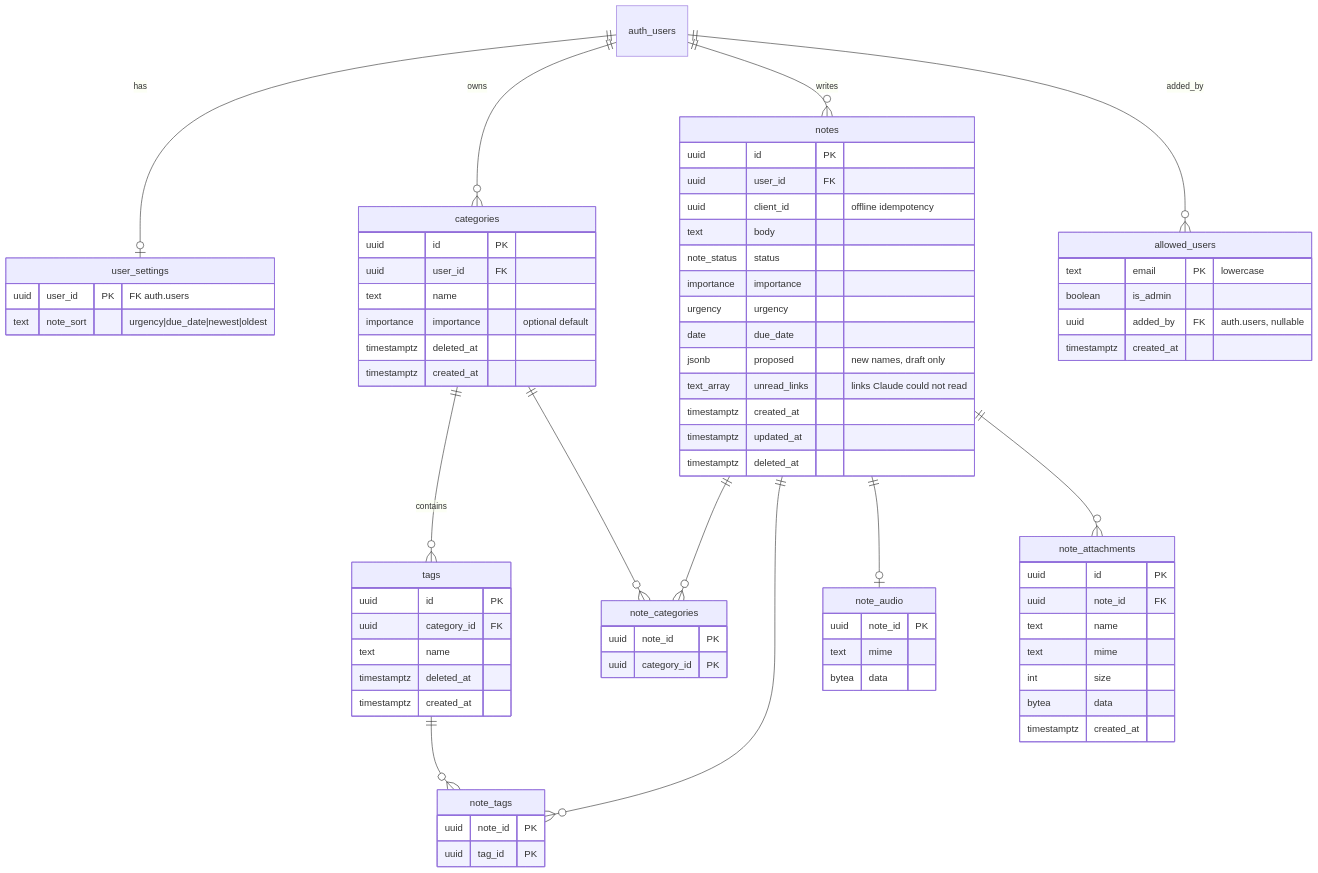
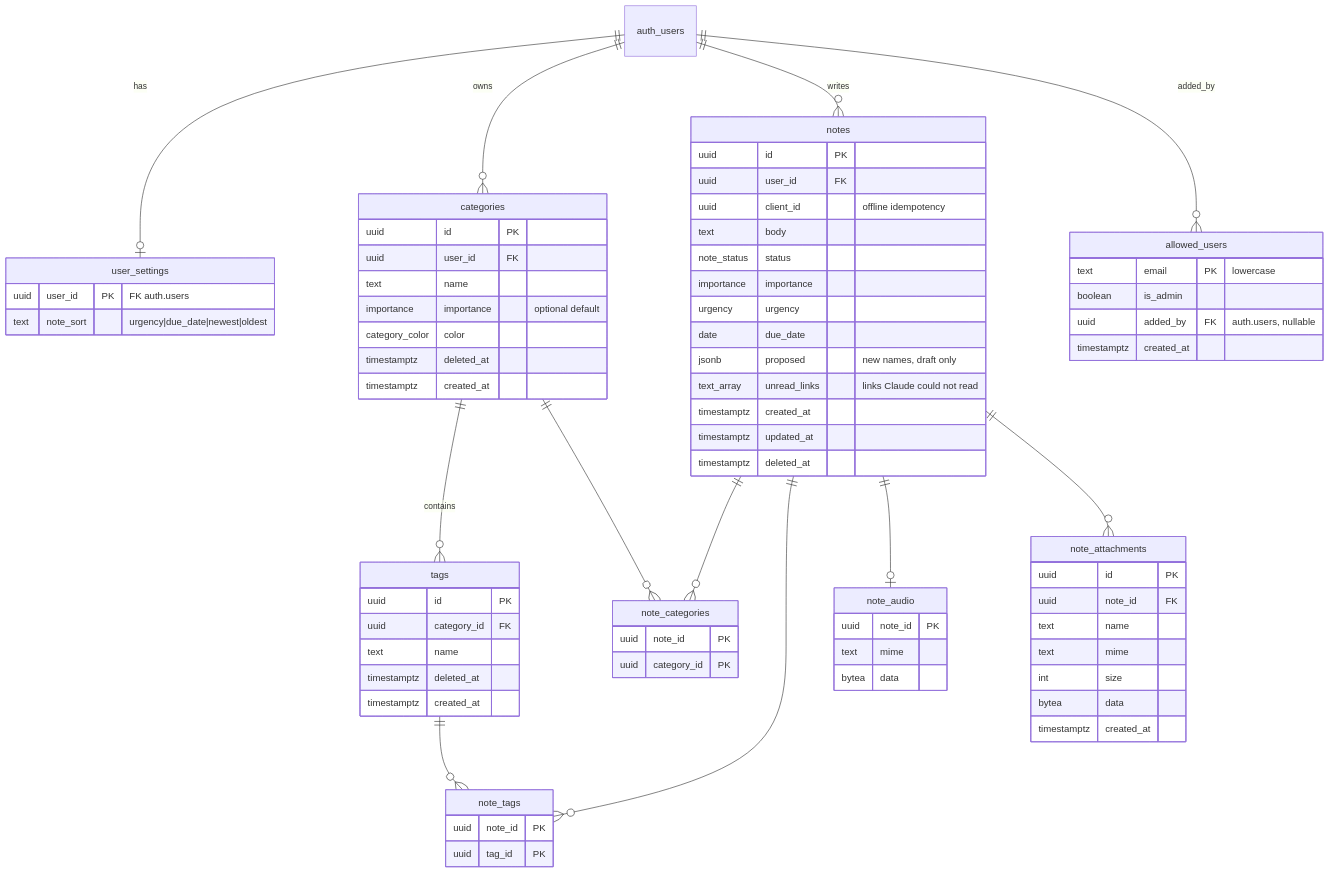
Before and after one commit to droruri/notes-organizer: the diagram in docs/plan.md, drawn with Mermaid. The commit also changed other lines of this file and 20 other files, not shown here.

````diff
--- a/docs/plan.md
+++ b/docs/plan.md
@@ -130,23 +131,23 @@
 ```mermaid
 erDiagram
   auth_users ||--o| user_settings : has
   auth_users ||--o{ categories : owns
   categories ||--o{ tags : contains
   auth_users ||--o{ notes : writes
   notes ||--o{ note_categories : ""
   categories ||--o{ note_categories : ""
   notes ||--o{ note_tags : ""
   tags ||--o{ note_tags : ""
   notes ||--o| note_audio : ""
   notes ||--o{ note_attachments : ""
   auth_users ||--o{ allowed_users : "added_by"
   user_settings { uuid user_id PK "FK auth.users" text note_sort "urgency|due_date|newest|oldest" }
-  categories { uuid id PK uuid user_id FK text name importance importance "optional default" timestamptz deleted_at timestamptz created_at }
+  categories { uuid id PK uuid user_id FK text name importance importance "optional default" category_color color timestamptz deleted_at timestamptz created_at }
   tags { uuid id PK uuid category_id FK text name timestamptz deleted_at timestamptz created_at }
   notes { uuid id PK uuid user_id FK uuid client_id "offline idempotency" text body note_status status importance importance urgency urgency date due_date jsonb proposed "new names, draft only" text_array unread_links "links Claude could not read" timestamptz created_at timestamptz updated_at timestamptz deleted_at }
   note_categories { uuid note_id PK uuid category_id PK }
   note_tags { uuid note_id PK uuid tag_id PK }
   note_audio { uuid note_id PK text mime bytea data }
   note_attachments { uuid id PK uuid note_id FK text name text mime int size bytea data timestamptz created_at }
   allowed_users { text email PK "lowercase" boolean is_admin uuid added_by FK "auth.users, nullable" timestamptz created_at }
 ```
````
